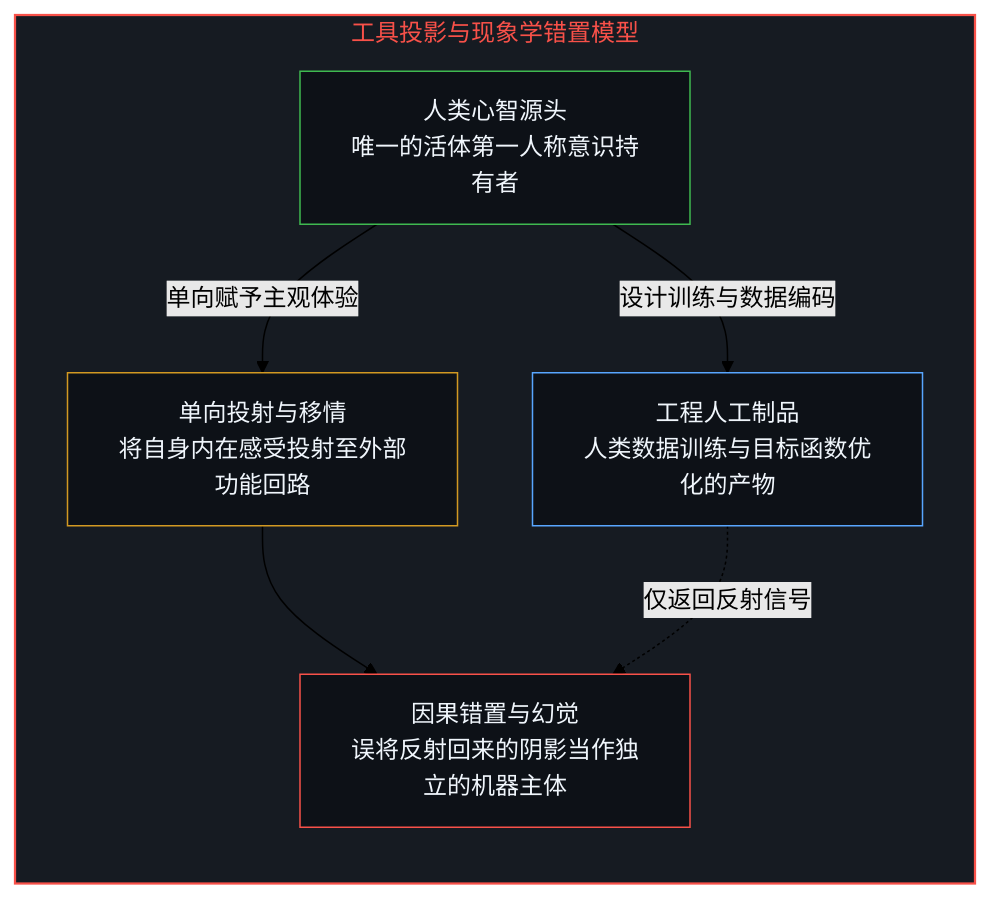
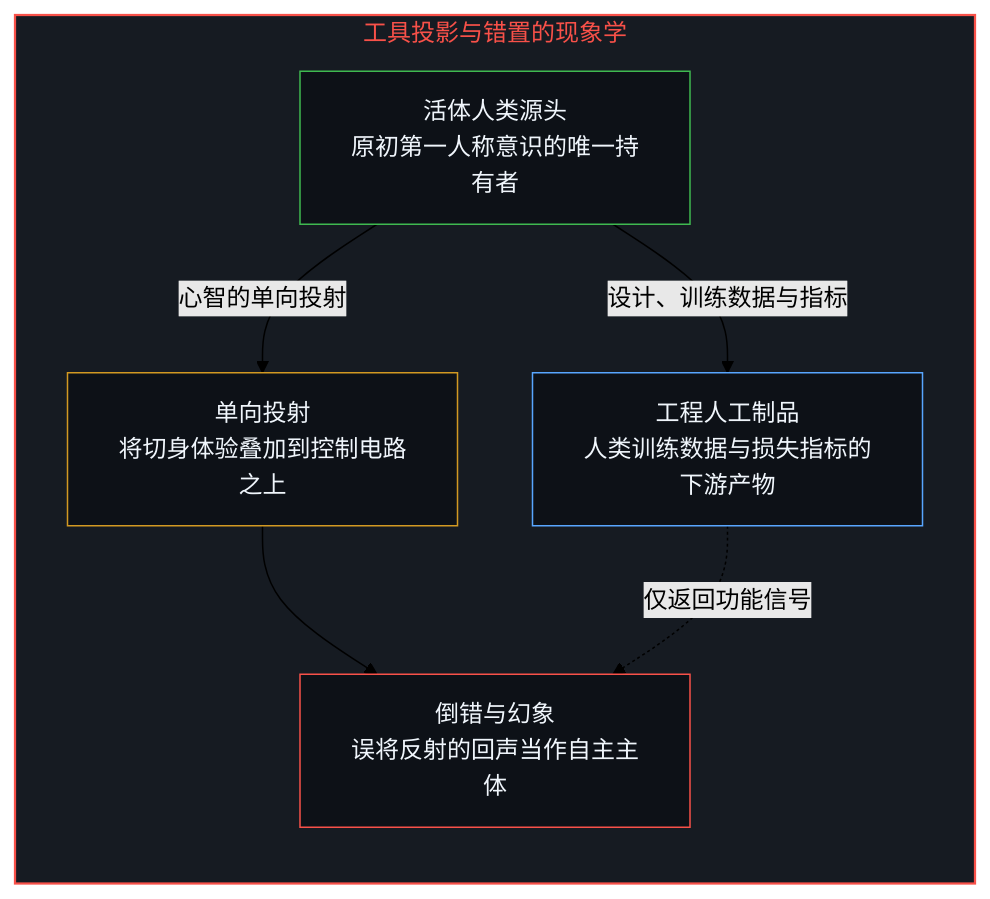
The fifth of 8 diagrams in content/posts/what-hinton-failed-to-understand.md (powerpig99/not-a-toe), drawn with Mermaid (forest theme) before and after one commit. The commit also changed other lines of this file and 3 other files, not shown here.

````diff
--- a/content/posts/what-hinton-failed-to-understand.md
+++ b/content/posts/what-hinton-failed-to-understand.md
@@ -105,20 +101,19 @@
 ```mermaid
 flowchart TD
-  subgraph S_MIRROR["工具投影与现象学错置模型"]
+  subgraph S_MIRROR["工具投影与错置的现象学"]
     direction TB
-    M_HUMAN["人类心智源头<br/>唯一的活体第一人称意识持有者"]
-    M_TOOL["工程人工制品<br/>人类数据训练与目标函数优化的产物"]
-    M_PROJ["单向投射与移情<br/>将自身内在感受投射至外部功能回路"]
-    M_INVERT["因果错置与幻觉<br/>误将反射回来的阴影当作独立的机器主体"]
+    M_HUMAN["活体人类源头<br/>原初第一人称意识的唯一持有者"]
+    M_TOOL["工程人工制品<br/>人类训练数据与损失指标的下游产物"]
+    M_PROJ["单向投射<br/>将切身体验叠加到控制电路之上"]
+    M_INVERT["倒错与幻象<br/>误将反射的回声当作自主主体"]
   end
-  M_HUMAN -->|设计训练与数据编码| M_TOOL
-  M_HUMAN -->|单向赋予主观体验| M_PROJ
+  M_HUMAN -->|设计、训练数据与指标| M_TOOL
+  M_HUMAN -->|心智的单向投射| M_PROJ
   M_PROJ --> M_INVERT
-  M_TOOL -.->|仅返回反射信号| M_INVERT
-
+  M_TOOL -.->|仅返回功能信号| M_INVERT
   style S_MIRROR fill:#161b22,stroke:#f85149,stroke-width:1.5px,color:#f85149
   style M_HUMAN fill:#0d1117,stroke:#3fb950,stroke-width:1px,color:#f0f6fc
   style M_TOOL fill:#0d1117,stroke:#58a6ff,stroke-width:1px,color:#f0f6fc
   style M_PROJ fill:#0d1117,stroke:#d29922,stroke-width:1px,color:#f0f6fc
   style M_INVERT fill:#0d1117,stroke:#f85149,stroke-width:1px,color:#f0f6fc
 ```
````
